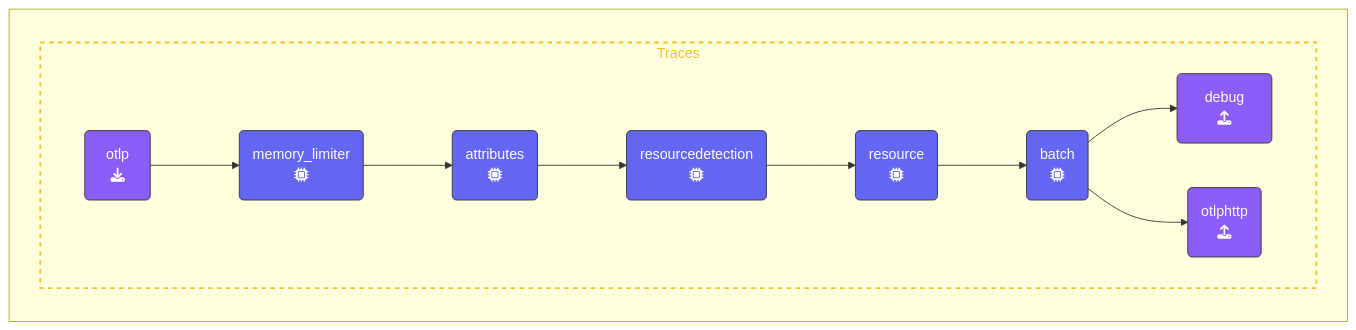
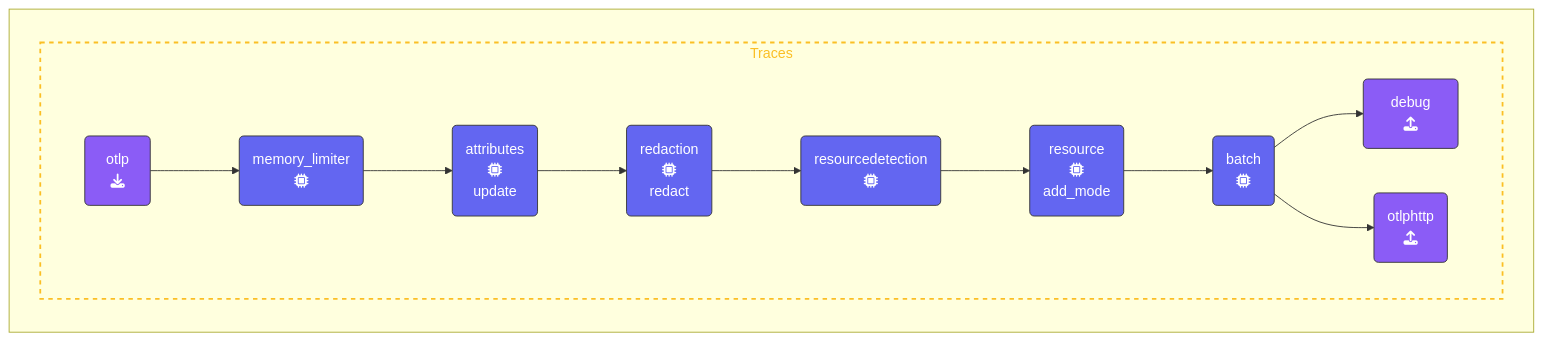
The diagram in content/en/ninja-workshops/10-advanced-otel/6-sensitive-data/_index.md (splunk/observability-workshop), drawn with Mermaid before and after one commit. The commit also changed other lines of this file and 5 other files, not shown here.

Commit message:
syntax and comments to sensitive and tranform, updated mermaid charts to include receiver/processor names

````diff
--- a/content/en/ninja-workshops/10-advanced-otel/6-sensitive-data/_index.md
+++ b/content/en/ninja-workshops/10-advanced-otel/6-sensitive-data/_index.md
@@ -108,31 +108,33 @@
 ```mermaid
 %%{init:{"fontFamily":"monospace"}}%%
 graph LR
     %% Nodes
       REC1(&nbsp;&nbsp;otlp&nbsp;&nbsp;<br>fa:fa-download):::receiver
       PRO1(memory_limiter<br>fa:fa-microchip):::processor
       PRO2(resourcedetection<br>fa:fa-microchip):::processor
-      PRO3(resource<br>fa:fa-microchip):::processor
+      PRO3(resource<br>fa:fa-microchip<br>add_mode):::processor
       PRO5(batch<br>fa:fa-microchip):::processor
-      PRO6(attributes<br>fa:fa-microchip):::processor
+      PRO6(attributes<br>fa:fa-microchip<br>update):::processor
+      PRO7(redaction<br>fa:fa-microchip<br>redact):::processor
       EXP1(otlphttp<br>fa:fa-upload):::exporter
       EXP2(&ensp;&ensp;debug&ensp;&ensp;<br>fa:fa-upload):::exporter
     %% Links
     subID1:::sub-traces
     subgraph " "
       subgraph subID1[Traces]
       direction LR
       REC1 --> PRO1
       PRO1 --> PRO6
-      PRO6 --> PRO2
+      PRO6 --> PRO7
+      PRO7 --> PRO2
       PRO2 --> PRO3
       PRO3 --> PRO5
       PRO5 --> EXP2
       PRO5 --> EXP1
       end
     end
 classDef receiver,exporter fill:#8b5cf6,stroke:#333,stroke-width:1px,color:#fff;
 classDef processor fill:#6366f1,stroke:#333,stroke-width:1px,color:#fff;
 classDef con-receive,con-export fill:#45c175,stroke:#333,stroke-width:1px,color:#fff;
 classDef sub-traces stroke:#fbbf24,stroke-width:2px, color:#fbbf24,stroke-dasharray: 5 5;
 ```
````
